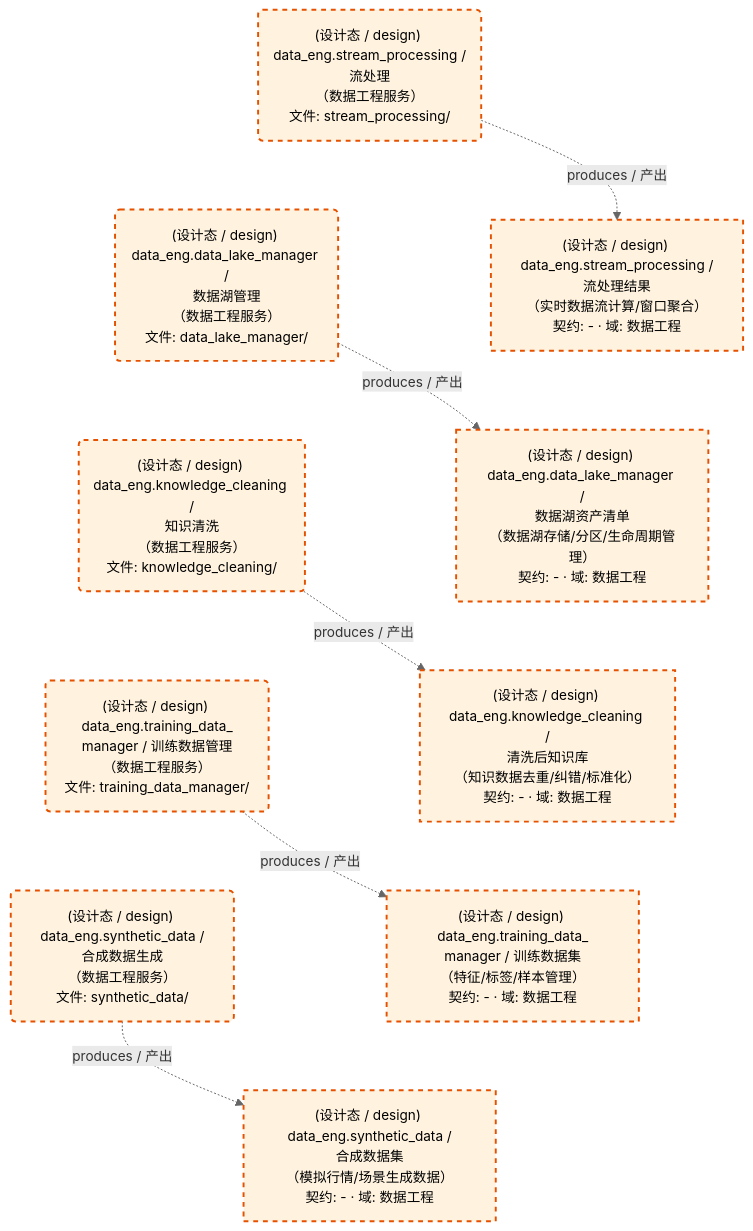
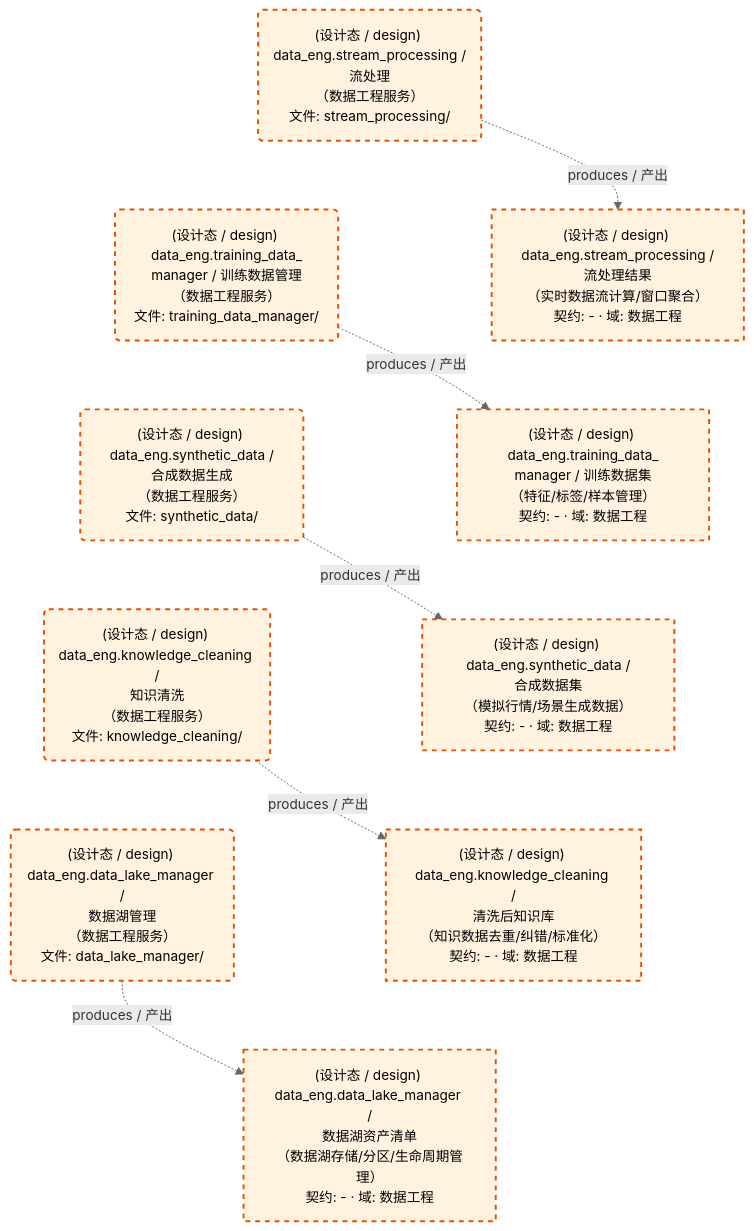
One commit to xuanFelixVan/ZephyrAlpha changed the second of 2 diagrams in docs/02_enterprise_architecture/05_dataflow_architecture/d_data_eng.md. Above: the diagram before and after it, drawn with Mermaid. The commit also changed other lines of this file and 173 other files, not shown here.

````diff
--- a/docs/02_enterprise_architecture/05_dataflow_architecture/d_data_eng.md
+++ b/docs/02_enterprise_architecture/05_dataflow_architecture/d_data_eng.md
@@ -90,32 +90,32 @@
 ```mermaid
 %%{init: {'theme': 'base', 'themeVariables': {'primaryColor': '#eaeaea', 'primaryTextColor': '#333333', 'primaryBorderColor': '#666666', 'lineColor': '#666666', 'secondaryColor': '#eaeaea', 'tertiaryColor': '#eaeaea', 'clusterBkg': 'transparent', 'clusterBorder': 'transparent', 'fontSize': '14px'}}}%%
 flowchart TD
     DS11258["(设计态 / design) data_eng.data_lake_manager /<br/>数据湖资产清单<br/>（数据湖存储/分区/生命周期管理）<br/>契约: - · 域: 数据工程"]
     DS11259["(设计态 / design) data_eng.knowledge_cleaning /<br/>清洗后知识库<br/>（知识数据去重/纠错/标准化）<br/>契约: - · 域: 数据工程"]
     DS11260["(设计态 / design) data_eng.stream_processing /<br/>流处理结果<br/>（实时数据流计算/窗口聚合）<br/>契约: - · 域: 数据工程"]
     DS11261["(设计态 / design) data_eng.synthetic_data /<br/>合成数据集<br/>（模拟行情/场景生成数据）<br/>契约: - · 域: 数据工程"]
     DS11262["(设计态 / design) data_eng.training_data_<br/>manager / 训练数据集<br/>（特征/标签/样本管理）<br/>契约: - · 域: 数据工程"]
     JOB757622("(设计态 / design) data_eng.data_lake_manager /<br/>数据湖管理<br/>（数据工程服务）<br/>文件: data_lake_manager/")
     JOB757623("(设计态 / design) data_eng.knowledge_cleaning /<br/>知识清洗<br/>（数据工程服务）<br/>文件: knowledge_cleaning/")
     JOB757624("(设计态 / design) data_eng.stream_processing /<br/>流处理<br/>（数据工程服务）<br/>文件: stream_processing/")
     JOB757625("(设计态 / design) data_eng.synthetic_data /<br/>合成数据生成<br/>（数据工程服务）<br/>文件: synthetic_data/")
     JOB757626("(设计态 / design) data_eng.training_data_<br/>manager / 训练数据管理<br/>（数据工程服务）<br/>文件: training_data_manager/")
     JOB757622 -.->|produces / 产出| DS11258
     JOB757623 -.->|produces / 产出| DS11259
     JOB757624 -.->|produces / 产出| DS11260
     JOB757625 -.->|produces / 产出| DS11261
     JOB757626 -.->|produces / 产出| DS11262
-    JOB757624 ~~~ JOB757622
-    JOB757622 ~~~ JOB757623
-    JOB757623 ~~~ JOB757626
+    JOB757624 ~~~ JOB757626
     JOB757626 ~~~ JOB757625
-    DS11260 ~~~ DS11258
-    DS11258 ~~~ DS11259
-    DS11259 ~~~ DS11262
+    JOB757625 ~~~ JOB757623
+    JOB757623 ~~~ JOB757622
+    DS11260 ~~~ DS11262
     DS11262 ~~~ DS11261
+    DS11261 ~~~ DS11259
+    DS11259 ~~~ DS11258
     classDef production fill:#e1f5fe,stroke:#01579b,stroke-width:2px,color:#000
     classDef design fill:#fff3e0,stroke:#e65100,stroke-width:2px,color:#000,stroke-dasharray: 5 5
     classDef external_prod fill:#e8f4fd,stroke:#0277bd,stroke-width:1px,color:#000
     classDef external_design fill:#fff8e7,stroke:#ef6c00,stroke-width:1px,color:#000,stroke-dasharray: 5 5
     class DS11258,DS11259,DS11260,DS11261,DS11262,JOB757622,JOB757623,JOB757624,JOB757625,JOB757626 design
 ```
````
